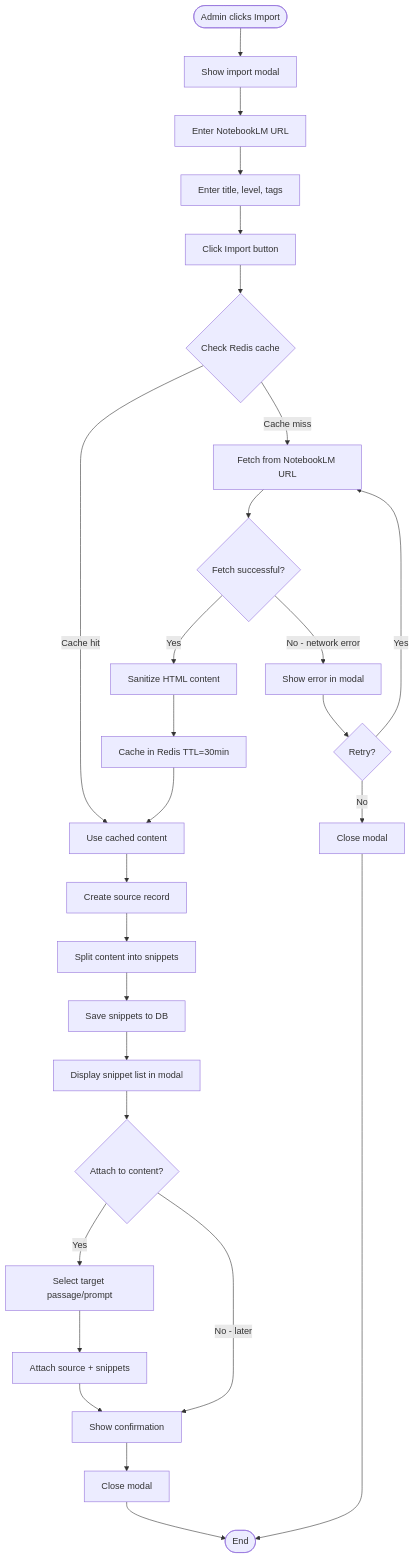
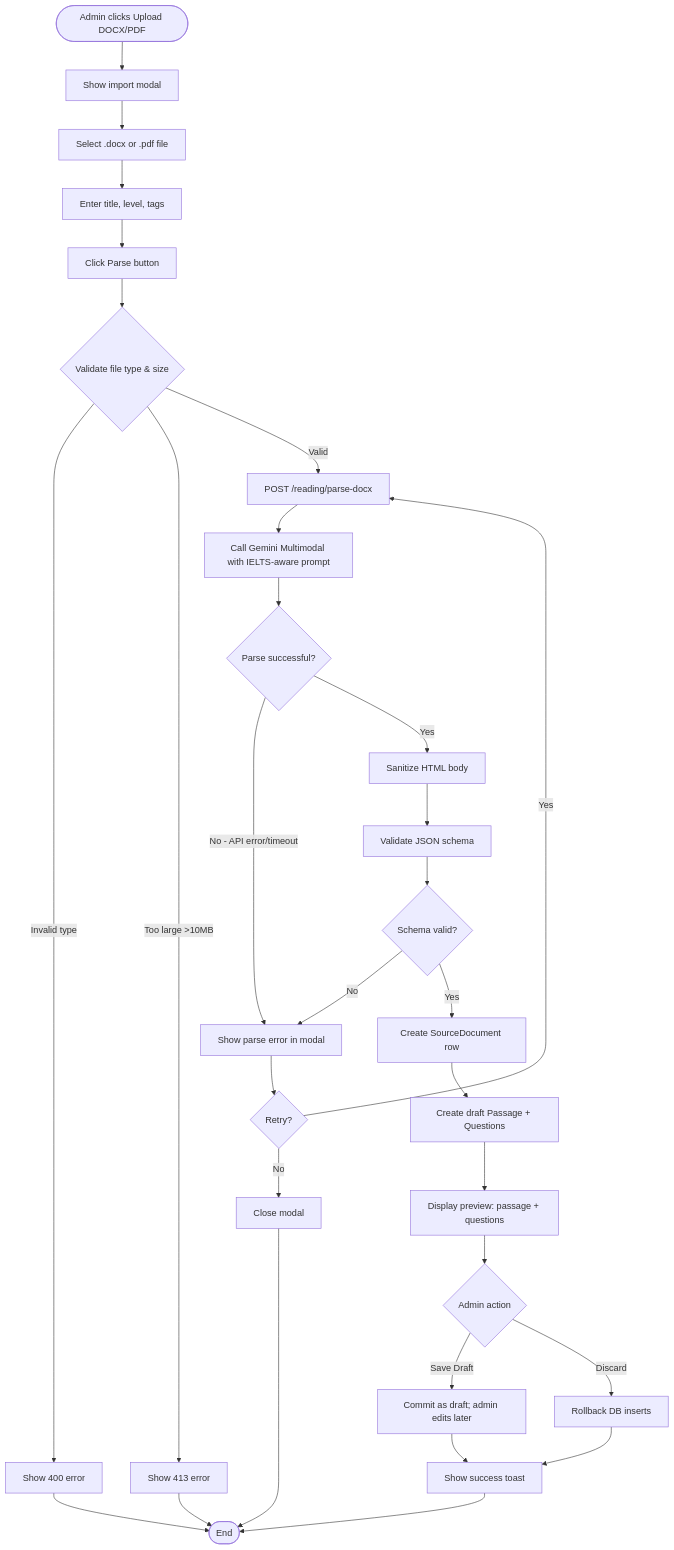
One commit to Ttuandatt/IELTS_Instructor changed the fifth of 7 diagrams in docs/step3_prd/16_activity_diagrams.md. Above: the diagram before and after it, drawn with Mermaid. The commit also changed other lines of this file and 16 other files, not shown here.

First line of the commit message:
docs(prd): replace NotebookLM with DOCX/PDF import (Gemini multimodal)

````diff
--- a/docs/step3_prd/16_activity_diagrams.md
+++ b/docs/step3_prd/16_activity_diagrams.md
@@ -180,30 +184,33 @@
 ```mermaid
 flowchart TD
-    A([Admin clicks Import]) --> B[Show import modal]
-    B --> C[Enter NotebookLM URL]
+    A([Admin clicks Upload DOCX/PDF]) --> B[Show import modal]
+    B --> C[Select .docx or .pdf file]
     C --> D[Enter title, level, tags]
-    D --> E[Click Import button]
-    E --> F{Check Redis cache}
-    F -->|Cache hit| G[Use cached content]
-    F -->|Cache miss| H[Fetch from NotebookLM URL]
-    H --> I{Fetch successful?}
-    I -->|No - network error| J[Show error in modal]
-    J --> K{Retry?}
-    K -->|Yes| H
-    K -->|No| L[Close modal]
-    I -->|Yes| M[Sanitize HTML content]
-    M --> N[Cache in Redis TTL=30min]
-    N --> G
-    G --> O[Create source record]
-    O --> P[Split content into snippets]
-    P --> Q[Save snippets to DB]
-    Q --> R[Display snippet list in modal]
-    R --> S{Attach to content?}
-    S -->|Yes| T[Select target passage/prompt]
-    T --> U[Attach source + snippets]
-    U --> V[Show confirmation]
-    S -->|No - later| V
-    V --> W[Close modal]
-    W --> X([End])
-    L --> X
+    D --> E[Click Parse button]
+    E --> F{Validate file type & size}
+    F -->|Invalid type| G[Show 400 error]
+    F -->|Too large >10MB| H[Show 413 error]
+    F -->|Valid| I[POST /reading/parse-docx]
+    I --> J[Call Gemini Multimodal with IELTS-aware prompt]
+    J --> K{Parse successful?}
+    K -->|No - API error/timeout| L[Show parse error in modal]
+    L --> M{Retry?}
+    M -->|Yes| I
+    M -->|No| N[Close modal]
+    K -->|Yes| O[Sanitize HTML body]
+    O --> P[Validate JSON schema]
+    P --> Q{Schema valid?}
+    Q -->|No| L
+    Q -->|Yes| R[Create SourceDocument row]
+    R --> S[Create draft Passage + Questions]
+    S --> T[Display preview: passage + questions]
+    T --> U{Admin action}
+    U -->|Save Draft| V[Commit as draft; admin edits later]
+    U -->|Discard| W[Rollback DB inserts]
+    V --> X[Show success toast]
+    W --> X
+    X --> Y([End])
+    G --> Y
+    H --> Y
+    N --> Y
 ```
````
